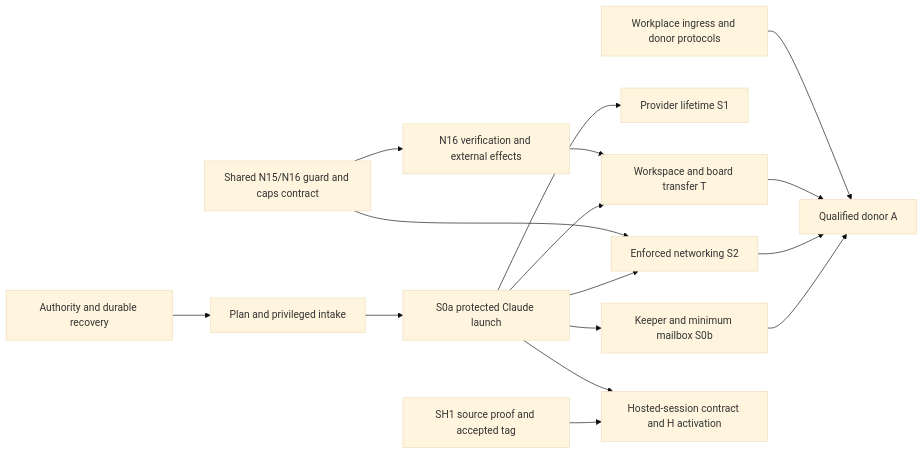
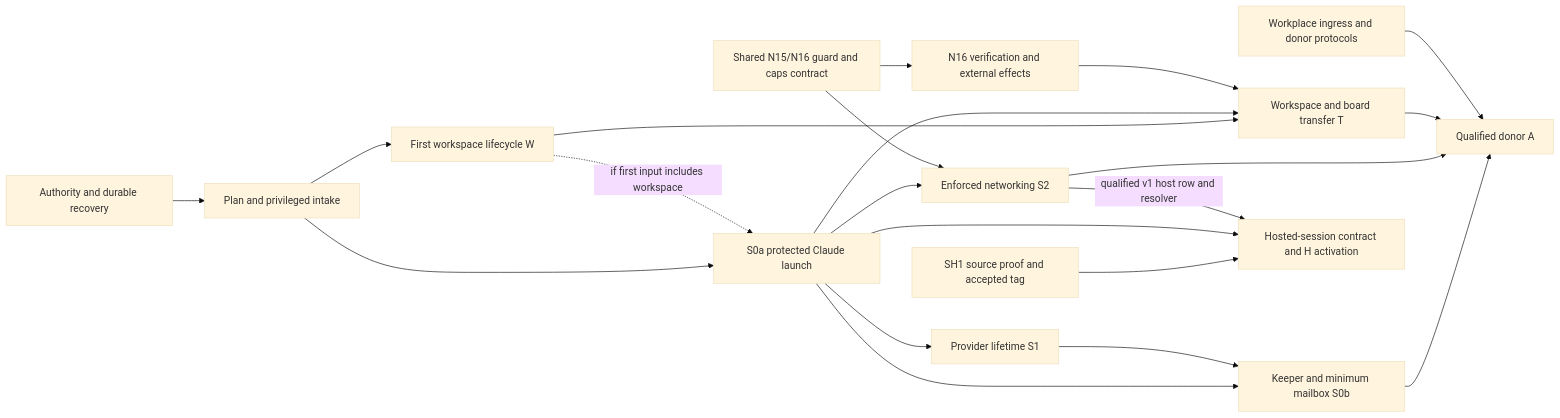
The diagram in impl/sections/dependency-contract-freezing.md (relux-works/swarma-architecture-review), drawn with Mermaid (base theme) before and after one commit. The commit also changed other lines of this file, not shown here.

Commit message:
Align contract graph with MVP and first-use service boundaries

````diff
--- a/impl/sections/dependency-contract-freezing.md
+++ b/impl/sections/dependency-contract-freezing.md
@@ -44,18 +45,23 @@
 ```mermaid
 flowchart LR
     A[Authority and durable recovery] --> L[Plan and privileged intake]
     L --> C[S0a protected Claude launch]
     C --> M[Keeper and minimum mailbox S0b]
     C --> P[Provider lifetime S1]
+    P --> M
     C --> N[Enforced networking S2]
+    L --> W[First workspace lifecycle W]
+    W -. if first input includes workspace .-> C
+    W --> T
     C --> T[Workspace and board transfer T]
     G[Shared N15/N16 guard and caps contract] --> N
     G --> V[N16 verification and external effects]
     V --> T
     M --> R[Qualified donor A]
     N --> R
     T --> R
     Q[Workplace ingress and donor protocols] --> R
     E[SH1 source proof and accepted tag] --> H[Hosted-session contract and H activation]
     C --> H
+    N -->|qualified v1 host row and resolver| H
 ```
````
